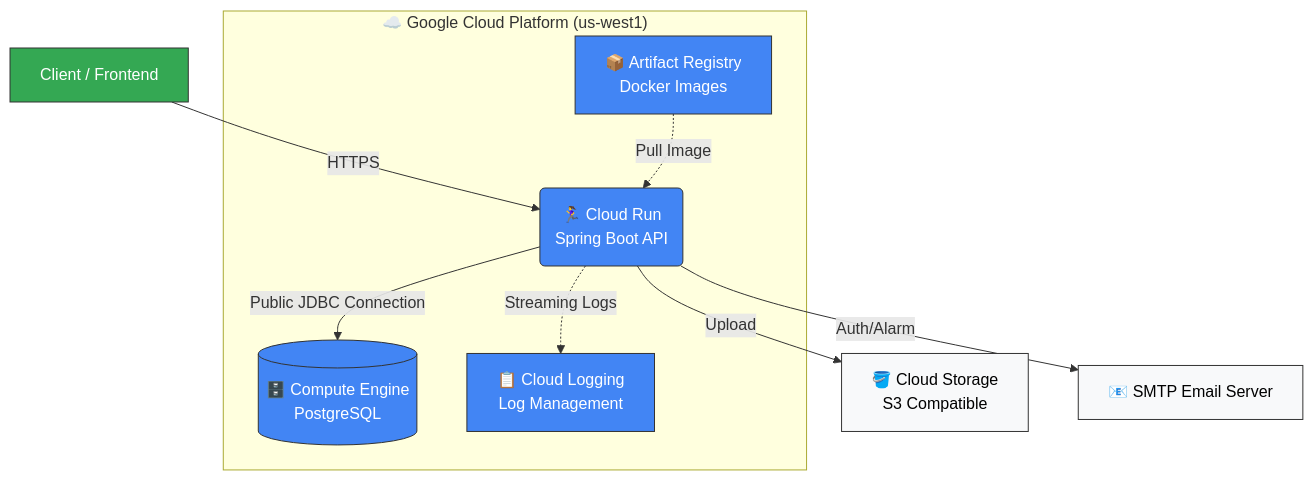
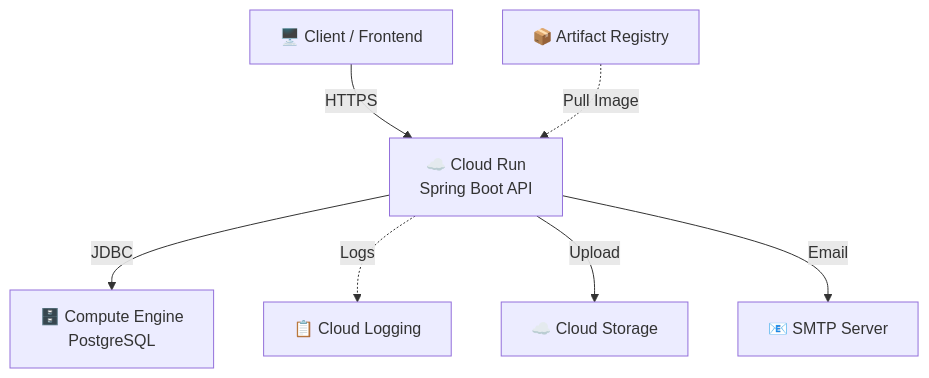
One commit to GDGOC-Kangnam-University/every-club-be changed the first of 2 diagrams in deploy.md. Above: the diagram before and after it, drawn with Mermaid. The commit also changed other lines of this file, not shown here.

Commit message:
docs(deploy.md): simplify architecture and sequence diagrams
Refactor Mermaid diagrams to improve readability and reduce visual
clutter. Removed unnecessary styling and excessive detail to focus on
the core deployment flow and infrastructure components.

````diff
--- a/deploy.md
+++ b/deploy.md
@@ -14,29 +14,17 @@
 ```mermaid
 graph TD
-    classDef gcp fill:#4285F4,stroke:#333,stroke-width:1px,color:#fff;
-    classDef ext fill:#f8f9fa,stroke:#333,stroke-width:1px,color:#000;
-    classDef client fill:#34a853,stroke:#333,stroke-width:1px,color:#fff;
+    Client["🖥️ Client / Frontend"]
+    CR["☁️ Cloud Run<br/>Spring Boot API"]
+    GCE["🗄️ Compute Engine<br/>PostgreSQL"]
+    AR["📦 Artifact Registry"]
+    CL["📋 Cloud Logging"]
+    S3["☁️ Cloud Storage"]
+    SMTP["📧 SMTP Server"]
     
-    Client[Client / Frontend] --> |HTTPS| CR(🏃‍♀️ Cloud Run<br/>Spring Boot API)
-    
-    subgraph "☁️ Google Cloud Platform (us-west1)"
-        CR
-        GCE[(🗄️ Compute Engine<br/>PostgreSQL)]
-        AR[📦 Artifact Registry<br/>Docker Images]
-        CL[📋 Cloud Logging<br/>Log Management]
-        
-        CR --> |Public JDBC Connection| GCE
-        AR -.-> |Pull Image| CR
-        CR -.-> |Streaming Logs| CL
-    end
-
-    S3[🪣 Cloud Storage<br/>S3 Compatible]
-    SMTP[📧 SMTP Email Server]
-    
-    CR --> |Upload| S3
-    CR --> |Auth/Alarm| SMTP
-
-    class CR,GCE,AR,CL gcp;
-    class S3,SMTP ext;
-    class Client client;
+    Client -->|HTTPS| CR
+    CR -->|JDBC| GCE
+    AR -.->|Pull Image| CR
+    CR -.->|Logs| CL
+    CR -->|Upload| S3
+    CR -->|Email| SMTP
 ```
````
